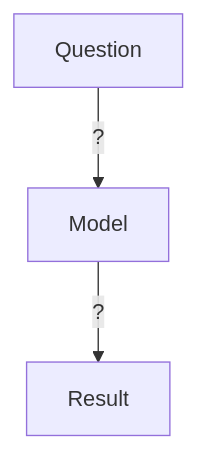
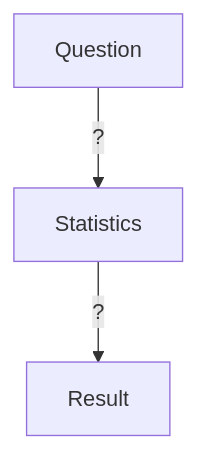
The fourth of 9 diagrams in sessions/stats-analyses-basic.qmd (rostools/r-cubed-advanced), drawn with Mermaid before and after one commit. The commit also changed other lines of this file and 1 other file, not shown here.

````diff
--- a/sessions/stats-analyses-basic.qmd
+++ b/sessions/stats-analyses-basic.qmd
@@ -72,5 +248,5 @@
 ```{mermaid}
 flowchart TB
-    q[Question] -->|?| model[Model]
-    model -->|?| result[Result]
+    q[Question] -->|?| stats[Statistics]
+    stats -->|?| result[Result]
 ```
````
